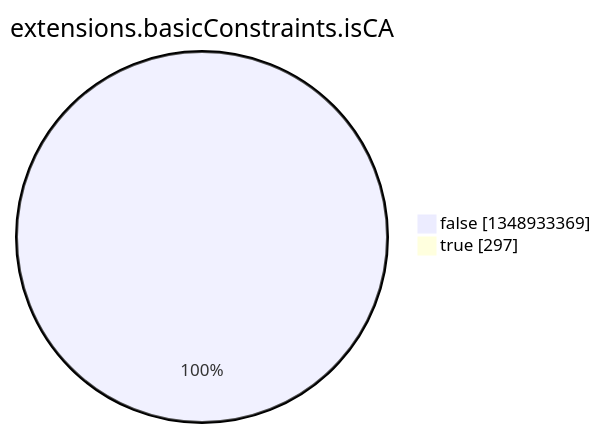
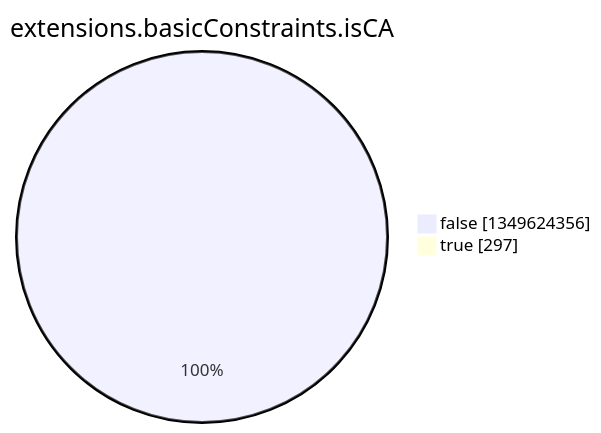
Before and after one commit to christiankrug/ctmonitor_visualization: the eighth of 15 diagrams in argon2022/README.md, drawn with Mermaid. The commit also changed other lines of this file, not shown here.

````diff
--- a/argon2022/README.md
+++ b/argon2022/README.md
@@ -2758,6 +2758,6 @@
 ```mermaid
 pie showData
 title extensions.basicConstraints.isCA
-"false" :1348933369
+"false" :1349624356
 "true" :297
 ```
````
